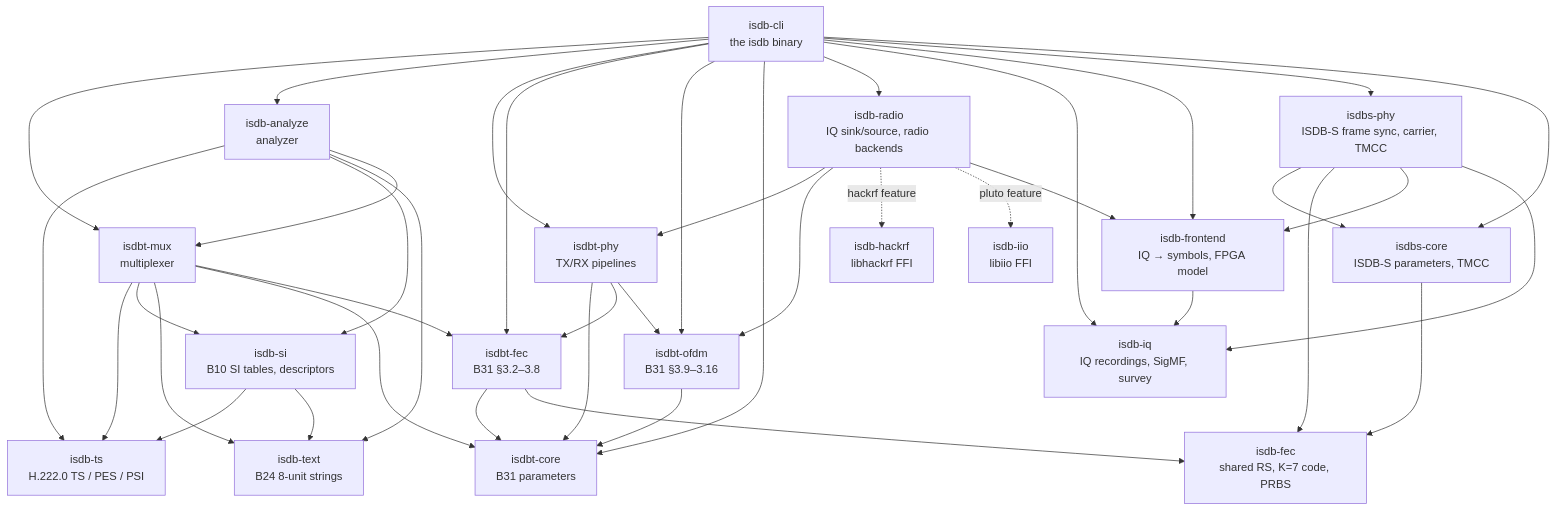
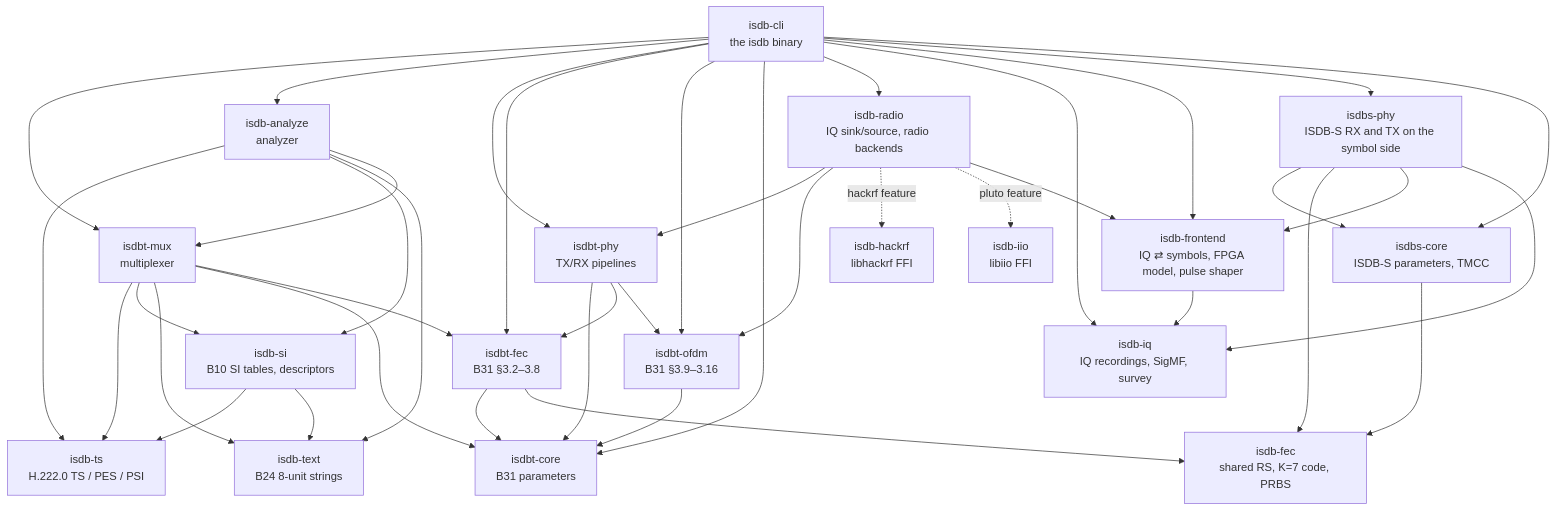
The diagram in docs/architecture.md (a1678991/isdb-rs), drawn with Mermaid before and after one commit. The commit also changed other lines of this file and 16 other files, not shown here.

First line of the commit message:
docs: ISDB-S transmitter and loopback (tx / loopback --system isdbs)

````diff
--- a/docs/architecture.md
+++ b/docs/architecture.md
@@ -39,61 +39,61 @@
 ```mermaid
 graph TD
   ts[isdb-ts<br/>H.222.0 TS / PES / PSI]
   text[isdb-text<br/>B24 8-unit strings]
   si[isdb-si<br/>B10 SI tables, descriptors]
   core[isdbt-core<br/>B31 parameters]
   fec[isdbt-fec<br/>B31 §3.2–3.8]
   ofdm[isdbt-ofdm<br/>B31 §3.9–3.16]
   phy[isdbt-phy<br/>TX/RX pipelines]
   mux[isdbt-mux<br/>multiplexer]
   ana[isdb-analyze<br/>analyzer]
   radio[isdb-radio<br/>IQ sink/source, radio backends]
   hrf[isdb-hackrf<br/>libhackrf FFI]
   iio[isdb-iio<br/>libiio FFI]
   iq[isdb-iq<br/>IQ recordings, SigMF, survey]
-  fe[isdb-frontend<br/>IQ → symbols, FPGA model]
+  fe[isdb-frontend<br/>IQ ⇄ symbols, FPGA model, pulse shaper]
   sfec[isdb-fec<br/>shared RS, K=7 code, PRBS]
   score[isdbs-core<br/>ISDB-S parameters, TMCC]
-  sphy[isdbs-phy<br/>ISDB-S frame sync, carrier, TMCC]
+  sphy[isdbs-phy<br/>ISDB-S RX and TX on the symbol side]
   cli[isdb-cli<br/>the isdb binary]
 
   si --> ts
   si --> text
   mux --> ts
   mux --> si
   mux --> text
   mux --> core
   mux --> fec
   ana --> ts
   ana --> si
   ana --> text
   ana --> mux
   fec --> core
   ofdm --> core
   phy --> core
   phy --> fec
   phy --> ofdm
   radio --> phy
   radio --> ofdm
   radio -. "hackrf feature" .-> hrf
   radio -. "pluto feature" .-> iio
   cli --> mux
   cli --> ana
   cli --> phy
   cli --> fec
   cli --> ofdm
   cli --> core
   cli --> radio
   cli --> iq
   cli --> fe
   fe --> iq
   radio --> fe
   fec --> sfec
   score --> sfec
   sphy --> score
   sphy --> sfec
   sphy --> fe
   sphy --> iq
   cli --> sphy
   cli --> score
 ```
````
